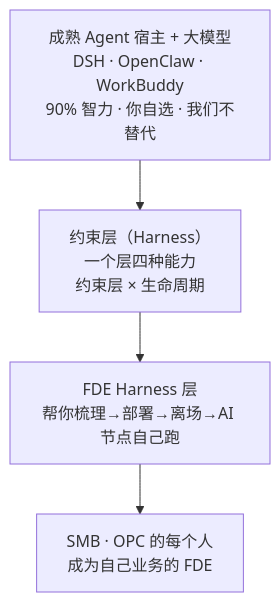
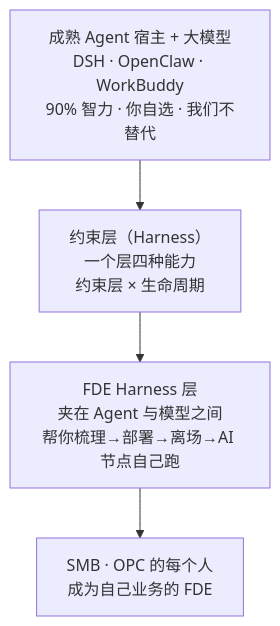
One commit to KongFangXun/sofagent changed the first of 10 diagrams in docs/ARCHITECTURE.md. Above: the diagram before and after it, drawn with Mermaid. The commit also changed other lines of this file and 9 other files, not shown here.

````diff
--- a/docs/ARCHITECTURE.md
+++ b/docs/ARCHITECTURE.md
@@ -14,6 +14,6 @@
 ```mermaid
 graph TD
     A[成熟 Agent 宿主 + 大模型<br/>DSH · OpenClaw · WorkBuddy<br/>90% 智力 · 你自选 · 我们不替代] --> B[约束层（Harness）<br/>一个层四种能力<br/>约束层 × 生命周期]
-    B --> C[FDE Harness 层<br/>帮你梳理→部署→离场→AI 节点自己跑]
+    B --> C[FDE Harness 层<br/>夹在 Agent 与模型之间<br/>帮你梳理→部署→离场→AI 节点自己跑]
     C --> D[SMB · OPC 的每个人<br/>成为自己业务的 FDE]
 ```
````
